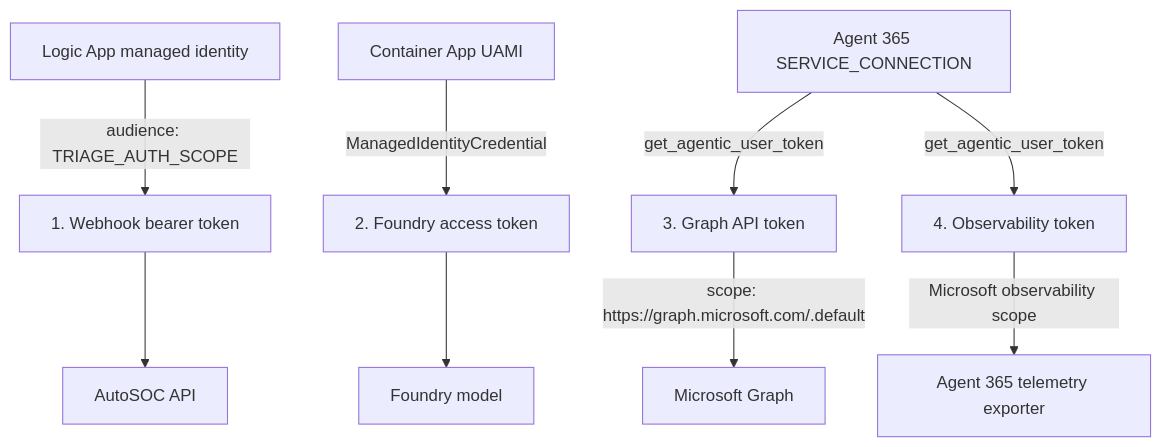
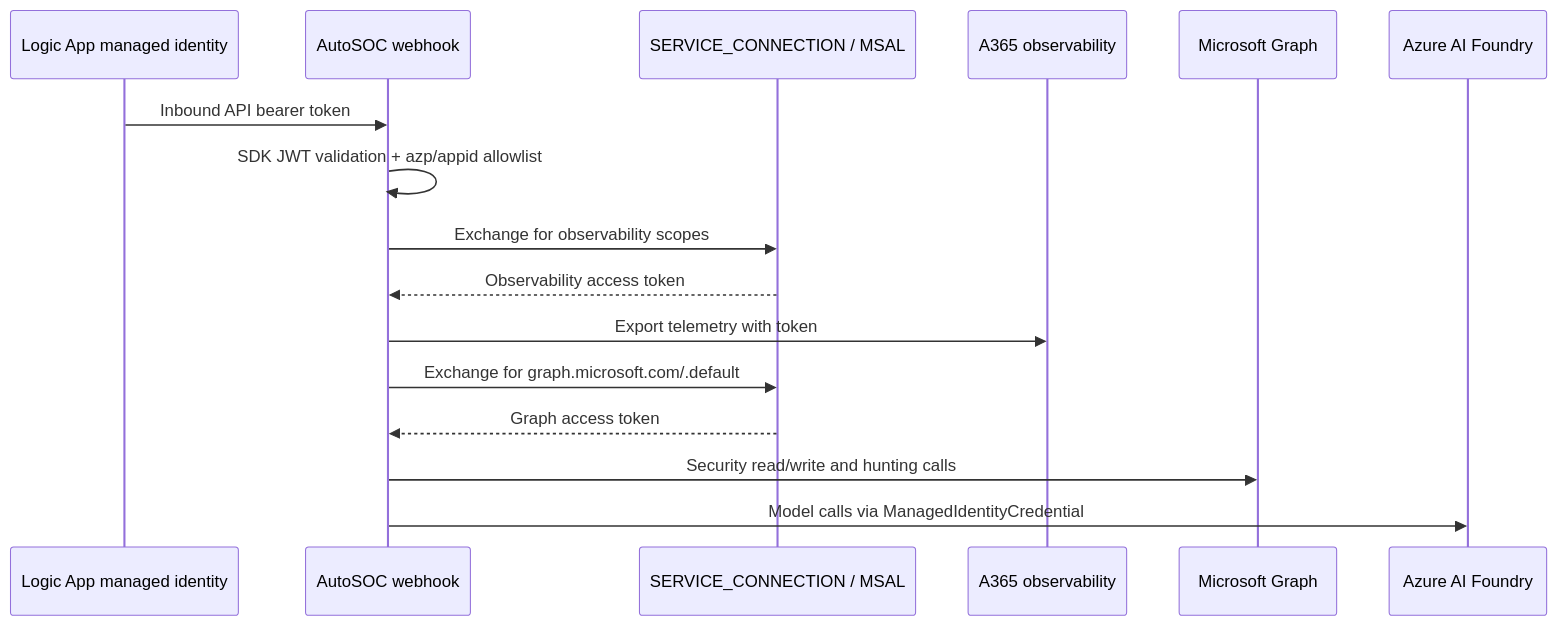
Before and after one commit to joetanx/defender: the fourth of 4 diagrams in autosoc/README.md, drawn with Mermaid. The commit also changed other lines of this file and 7 other files, not shown here.

Commit message:
Update agent flow and tools

````diff
--- a/autosoc/README.md
+++ b/autosoc/README.md
@@ -212,14 +208,19 @@
 ```mermaid
-flowchart TD
-    LAMI[Logic App managed identity] -->|audience: TRIAGE_AUTH_SCOPE| W[1. Webhook bearer token]
-    W --> API[AutoSOC API]
+sequenceDiagram
+    participant LA as Logic App managed identity
+    participant API as AutoSOC webhook
+    participant CM as SERVICE_CONNECTION / MSAL
+    participant OTel as A365 observability
+    participant Graph as Microsoft Graph
+    participant Foundry as Azure AI Foundry
 
-    CUAMI[Container App UAMI] -->|ManagedIdentityCredential| F[2. Foundry access token]
-    F --> Model[Foundry model]
-
-    SDK[Agent 365 SERVICE_CONNECTION] -->|get_agentic_user_token| G[3. Graph API token]
-    G -->|scope: https://graph.microsoft.com/.default| Graph[Microsoft Graph]
-
-    SDK -->|get_agentic_user_token| O[4. Observability token]
-    O -->|Microsoft observability scope| Telemetry[Agent 365 telemetry exporter]
+    LA->>API: Inbound API bearer token
+    API->>API: SDK JWT validation + azp/appid allowlist
+    API->>CM: Exchange for observability scopes
+    CM-->>API: Observability access token
+    API->>OTel: Export telemetry with token
+    API->>CM: Exchange for graph.microsoft.com/.default
+    CM-->>API: Graph access token
+    API->>Graph: Security read/write and hunting calls
+    API->>Foundry: Model calls via ManagedIdentityCredential
 ```
````
